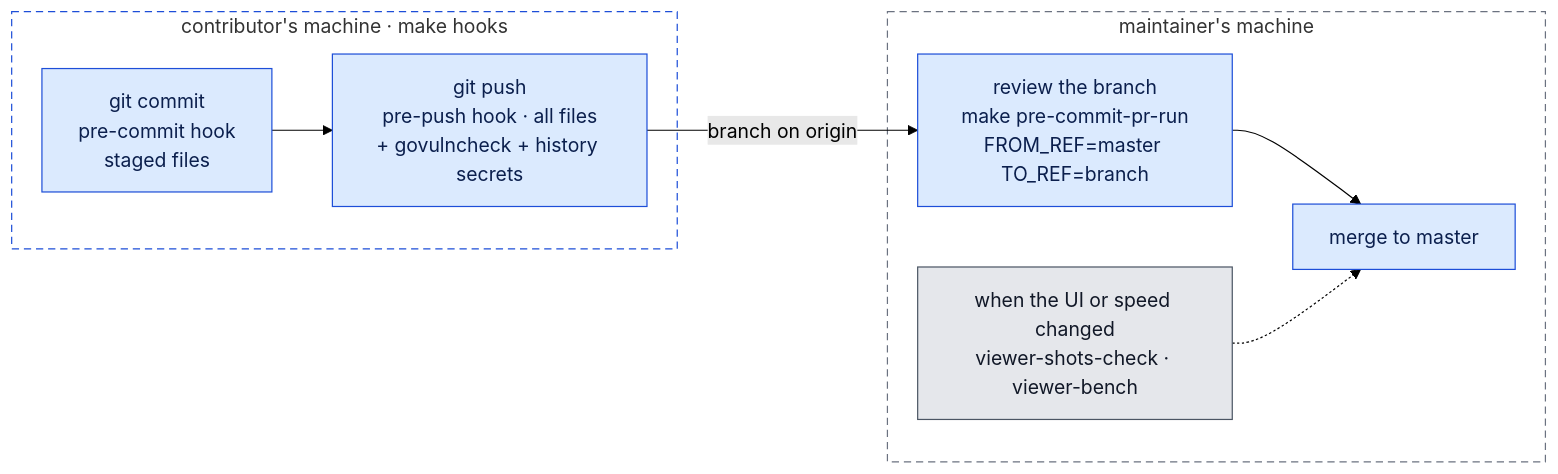
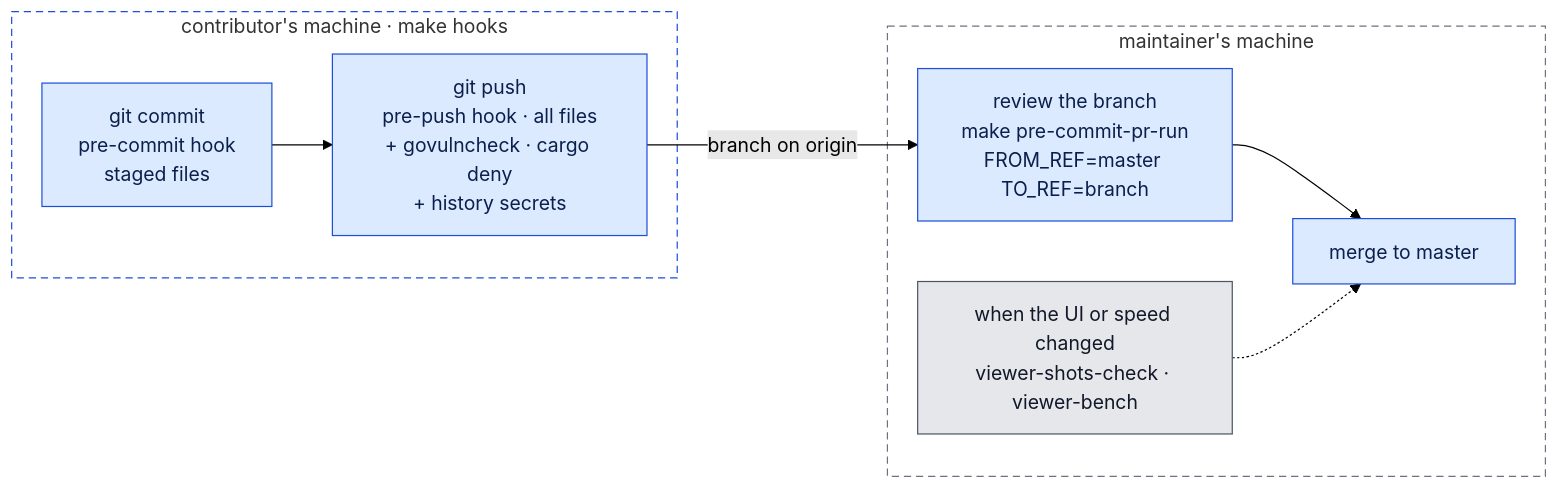
The first of 3 diagrams in docs/architecture/quality.md (Avicted/tools.pipeline-graph), drawn with Mermaid (forest theme) before and after one commit. The commit also changed other lines of this file and 7 other files, not shown here.

````diff
--- a/docs/architecture/quality.md
+++ b/docs/architecture/quality.md
@@ -16,22 +16,22 @@
 ```mermaid
 %% view: gate
 flowchart LR
     subgraph contributor["contributor's machine · make hooks"]
         commit["git commit<br/>pre-commit hook<br/>staged files"]
-        push["git push<br/>pre-push hook · all files<br/>+ govulncheck + history secrets"]
+        push["git push<br/>pre-push hook · all files<br/>+ govulncheck · cargo deny<br/>+ history secrets"]
     end
     subgraph maintainer["maintainer's machine"]
         review["review the branch<br/>make pre-commit-pr-run<br/>FROM_REF=master TO_REF=branch"]
         manual["when the UI or speed changed<br/>viewer-shots-check · viewer-bench"]
         merge["merge to master"]
     end
     commit --> push -- "branch on origin" --> review --> merge
     manual -.-> merge
 
     classDef go fill:#dbeafe,stroke:#1d4ed8,color:#0b1f4d
     classDef output fill:#e5e7eb,stroke:#4b5563,color:#111827
     class commit,push,review,merge go
     class manual output
     style contributor fill:none,stroke:#1d4ed8,stroke-dasharray:6 4
     style maintainer fill:none,stroke:#6b7280,stroke-dasharray:6 4
 ```
````
